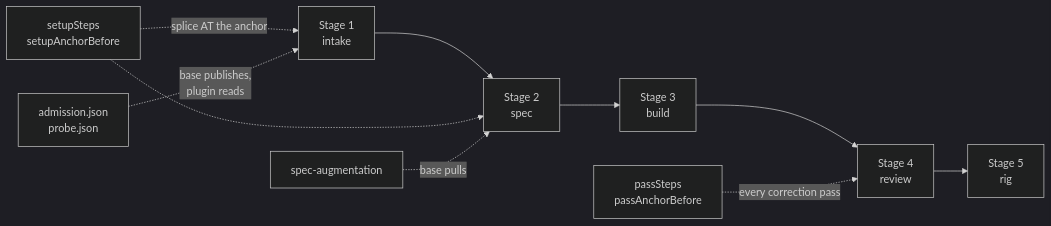
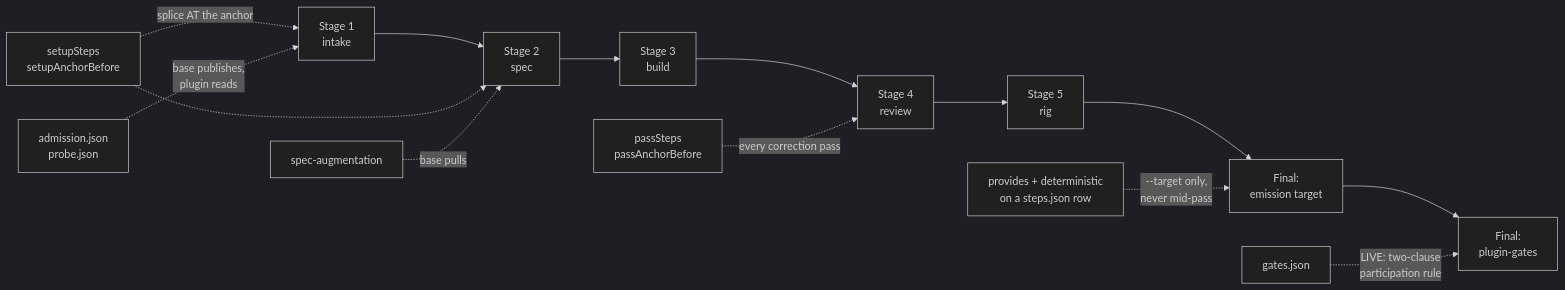
One commit to img2threejs/img2 changed the eighth of 13 diagrams in docs/PLUGIN_ARCHITECTURE.md. Above: the diagram before and after it, drawn with Mermaid (dark theme). The commit also changed other lines of this file and 7 other files, not shown here.

First line of the commit message:
docs: document the emission target contract across the contract and wiki

````diff
--- a/docs/PLUGIN_ARCHITECTURE.md
+++ b/docs/PLUGIN_ARCHITECTURE.md
@@ -326,10 +356,12 @@
 ```mermaid
 flowchart LR
-    S1["Stage 1<br/>intake"] --> S2["Stage 2<br/>spec"] --> S3["Stage 3<br/>build"] --> S4["Stage 4<br/>review"] --> S5["Stage 5<br/>rig"]
+    S1["Stage 1<br/>intake"] --> S2["Stage 2<br/>spec"] --> S3["Stage 3<br/>build"] --> S4["Stage 4<br/>review"] --> S5["Stage 5<br/>rig"] --> S6["Final:<br/>emission target"] --> S7["Final:<br/>plugin-gates"]
 
     PS["setupSteps<br/>setupAnchorBefore"] -.->|"splice AT the anchor"| S1
     PS -.-> S2
     PP["passSteps<br/>passAnchorBefore"] -.->|"every correction pass"| S4
     PA["spec-augmentation"] -.->|base pulls| S2
     AH["admission.json<br/>probe.json"] -.->|"base publishes,<br/>plugin reads"| S1
+    TG["provides + deterministic<br/>on a steps.json row"] -.->|"--target only,<br/>never mid-pass"| S6
+    GT["gates.json"] -.->|"LIVE: two-clause<br/>participation rule"| S7
 ```
````
